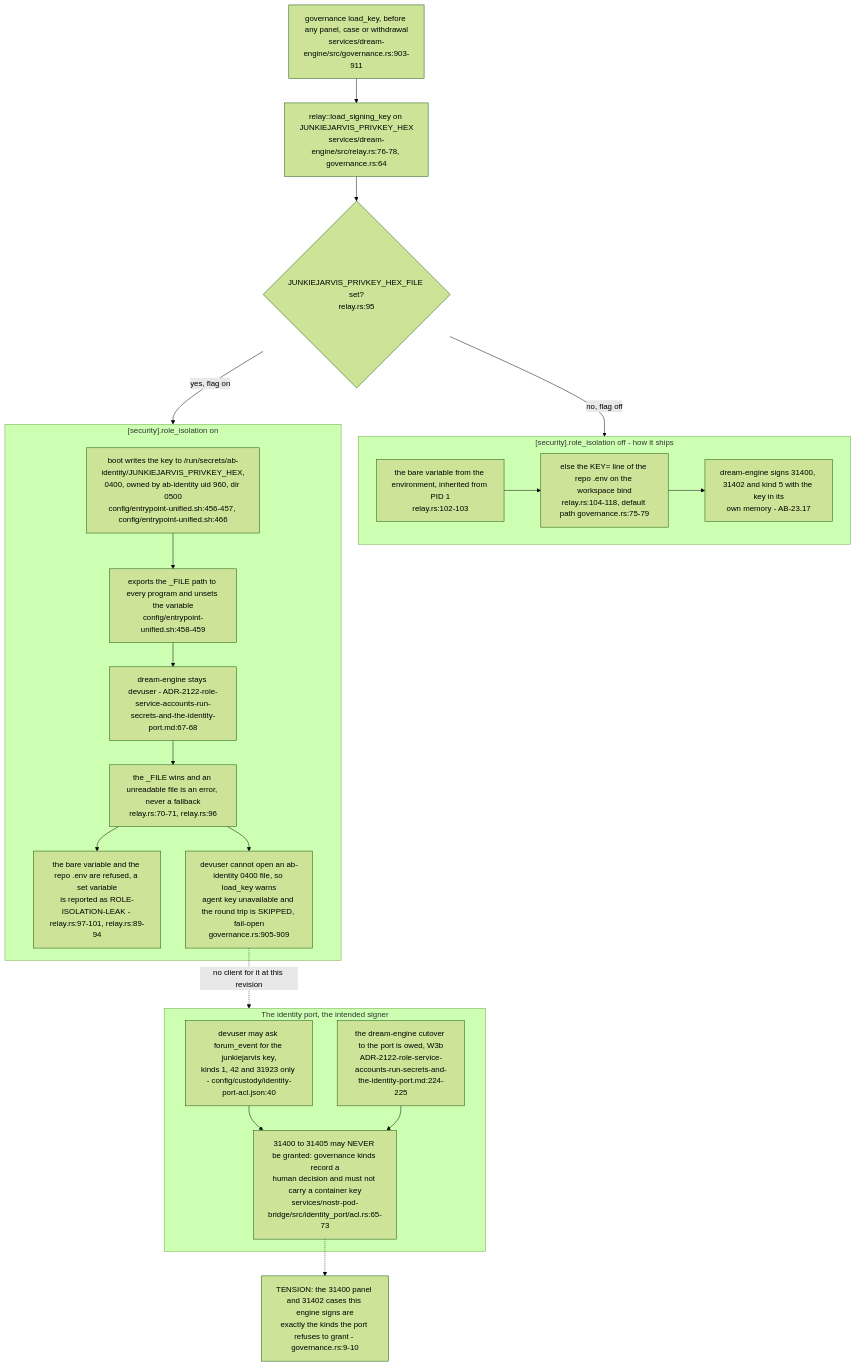
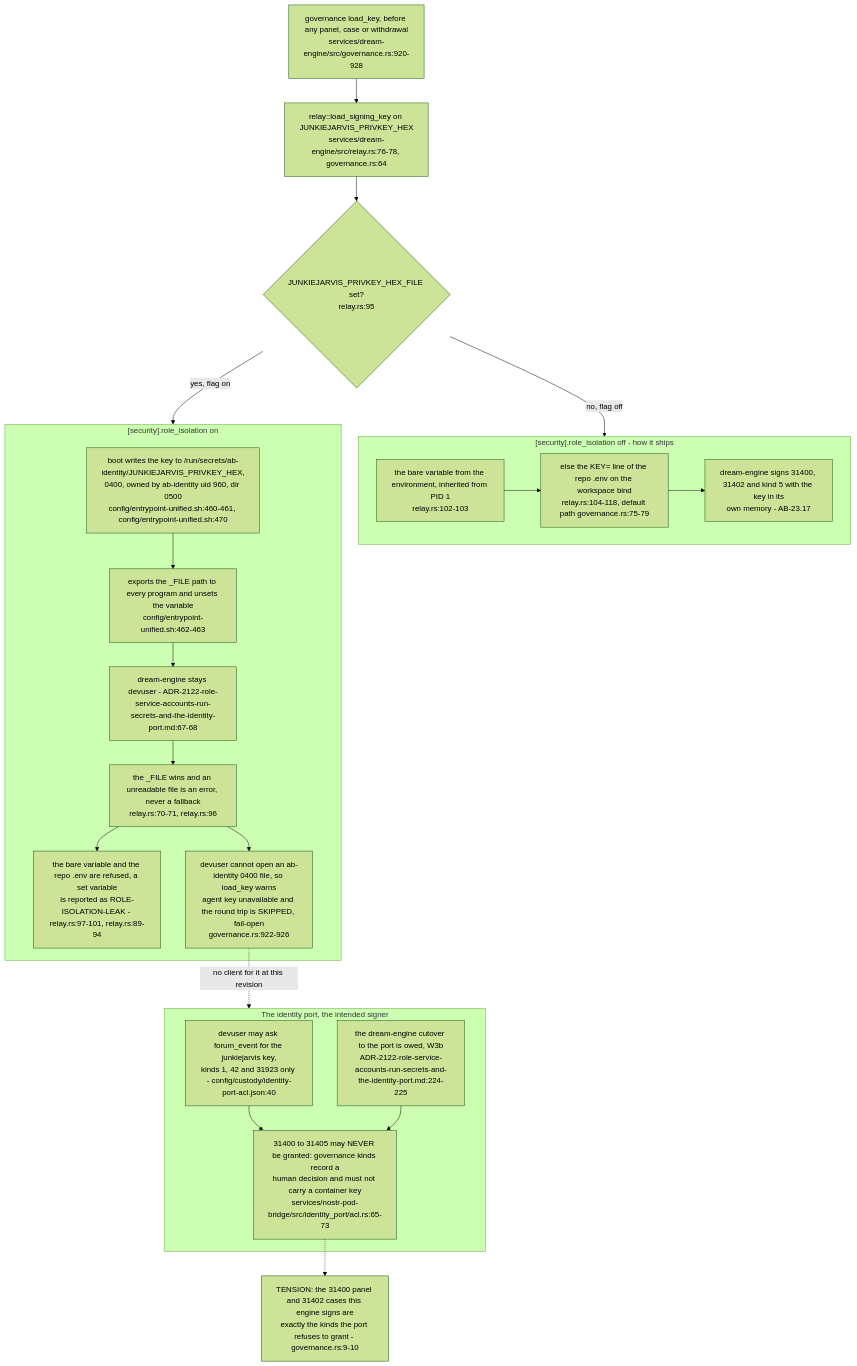
Diagram 20 of 22 in docs/diagrams/agentbox/23-dream-engine.md (DreamLab-AI/VisionFlow), drawn with Mermaid (forest theme) before and after one commit. The commit also changed other lines of this file and 160 other files, not shown here.

````diff
--- a/docs/diagrams/agentbox/23-dream-engine.md
+++ b/docs/diagrams/agentbox/23-dream-engine.md
@@ -986,34 +1007,34 @@
 ```mermaid
 flowchart TB
-    GOVN["governance load_key, before any panel, case or withdrawal<br/>services/dream-engine/src/governance.rs:903-911"]
+    GOVN["governance load_key, before any panel, case or withdrawal<br/>services/dream-engine/src/governance.rs:920-928"]
     LSK["relay::load_signing_key on JUNKIEJARVIS_PRIVKEY_HEX<br/>services/dream-engine/src/relay.rs:76-78, governance.rs:64"]
     FV{"JUNKIEJARVIS_PRIVKEY_HEX_FILE set?<br/>relay.rs:95"}
     GOVN --> LSK --> FV
     subgraph off["[security].role_isolation off - how it ships"]
         O1["the bare variable from the environment, inherited from PID 1<br/>relay.rs:102-103"]
         O2["else the KEY= line of the repo .env on the workspace bind<br/>relay.rs:104-118, default path governance.rs:75-79"]
         O3["dream-engine signs 31400, 31402 and kind 5 with the key in its<br/>own memory - AB-23.17"]
         O1 --> O2 --> O3
     end
     subgraph on["[security].role_isolation on"]
-        E1["boot writes the key to /run/secrets/ab-identity/JUNKIEJARVIS_PRIVKEY_HEX,<br/>0400, owned by ab-identity uid 960, dir 0500<br/>config/entrypoint-unified.sh:456-457, config/entrypoint-unified.sh:466"]
-        E2["exports the _FILE path to every program and unsets the variable<br/>config/entrypoint-unified.sh:458-459"]
+        E1["boot writes the key to /run/secrets/ab-identity/JUNKIEJARVIS_PRIVKEY_HEX,<br/>0400, owned by ab-identity uid 960, dir 0500<br/>config/entrypoint-unified.sh:460-461, config/entrypoint-unified.sh:470"]
+        E2["exports the _FILE path to every program and unsets the variable<br/>config/entrypoint-unified.sh:462-463"]
         E3["dream-engine stays devuser - ADR-2122-role-service-accounts-run-secrets-and-the-identity-port.md:67-68"]
         E4["the _FILE wins and an unreadable file is an error, never a fallback<br/>relay.rs:70-71, relay.rs:96"]
         E5["the bare variable and the repo .env are refused, a set variable<br/>is reported as ROLE-ISOLATION-LEAK - relay.rs:97-101, relay.rs:89-94"]
-        E6["devuser cannot open an ab-identity 0400 file, so load_key warns<br/>agent key unavailable and the round trip is SKIPPED, fail-open<br/>governance.rs:905-909"]
+        E6["devuser cannot open an ab-identity 0400 file, so load_key warns<br/>agent key unavailable and the round trip is SKIPPED, fail-open<br/>governance.rs:922-926"]
         E1 --> E2 --> E3 --> E4 --> E6
         E4 --> E5
     end
     FV -->|"no, flag off"| off
     FV -->|"yes, flag on"| on
     subgraph port["The identity port, the intended signer"]
         P1["devuser may ask forum_event for the junkiejarvis key,<br/>kinds 1, 42 and 31923 only - config/custody/identity-port-acl.json:40"]
         P2["31400 to 31405 may NEVER be granted: governance kinds record a<br/>human decision and must not carry a container key<br/>services/nostr-pod-bridge/src/identity_port/acl.rs:65-73"]
         P3["the dream-engine cutover to the port is owed, W3b<br/>ADR-2122-role-service-accounts-run-secrets-and-the-identity-port.md:224-225"]
         P1 --> P2
         P3 --> P2
     end
     E6 -.->|"no client for it at this revision"| port
     P2 -.-> T["TENSION: the 31400 panel and 31402 cases this engine signs are<br/>exactly the kinds the port refuses to grant - governance.rs:9-10"]
 ```
````
